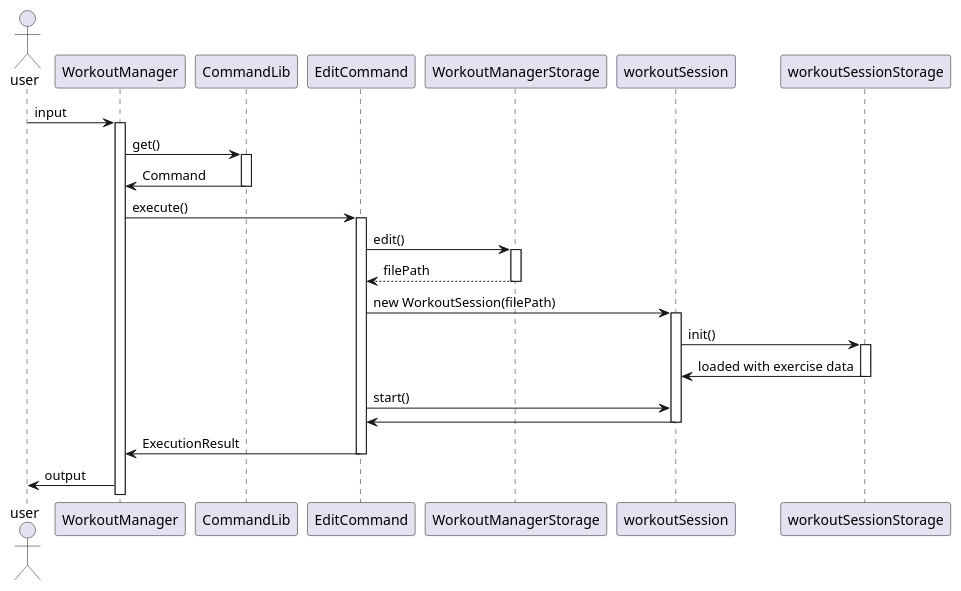
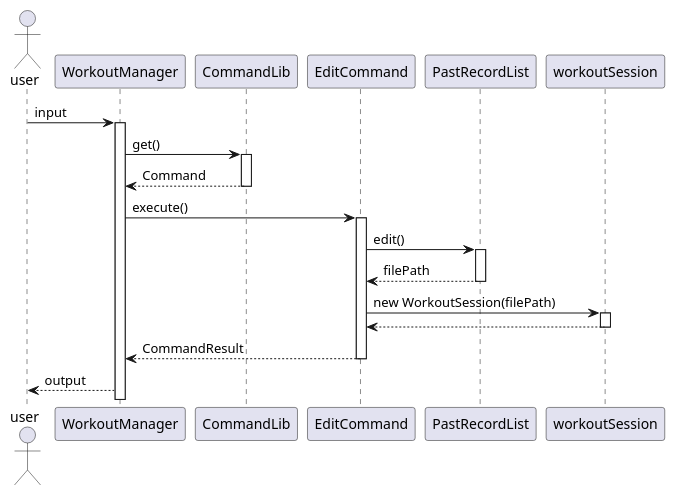
The diagram in docs/pictures/zesong/EditWS.puml (zsk612/tp), drawn with PlantUML before and after one commit. The commit also changed 49 other files, not shown here.

```diff
--- a/docs/pictures/zesong/EditWS.puml
+++ b/docs/pictures/zesong/EditWS.puml
@@ -1,35 +1,30 @@
 @startuml
 actor user
 user -> WorkoutManager : input
 activate WorkoutManager
 
 WorkoutManager -> CommandLib : get()
 activate CommandLib
-CommandLib -> WorkoutManager : Command
+CommandLib --> WorkoutManager : Command
 deactivate CommandLib
 
 WorkoutManager -> EditCommand : execute()
 activate EditCommand
 
-EditCommand -> WorkoutManagerStorage : edit()
-activate WorkoutManagerStorage
-WorkoutManagerStorage --> EditCommand : filePath
-deactivate WorkoutManagerStorage
+EditCommand -> PastRecordList : edit()
+activate PastRecordList
+PastRecordList --> EditCommand : filePath
+deactivate PastRecordList
 
 EditCommand -> workoutSession : new WorkoutSession(filePath)
 activate workoutSession
-workoutSession -> workoutSessionStorage: init()
-activate workoutSessionStorage
-workoutSessionStorage -> workoutSession: loaded with exercise data
-deactivate workoutSessionStorage
 
-EditCommand -> workoutSession : start()
-workoutSession -> EditCommand
+workoutSession --> EditCommand
 deactivate workoutSession
 
-EditCommand -> WorkoutManager : ExecutionResult
+EditCommand --> WorkoutManager : CommandResult
 deactivate EditCommand
 
-WorkoutManager ->  user : output
+WorkoutManager -->  user : output
 
 @enduml
```
